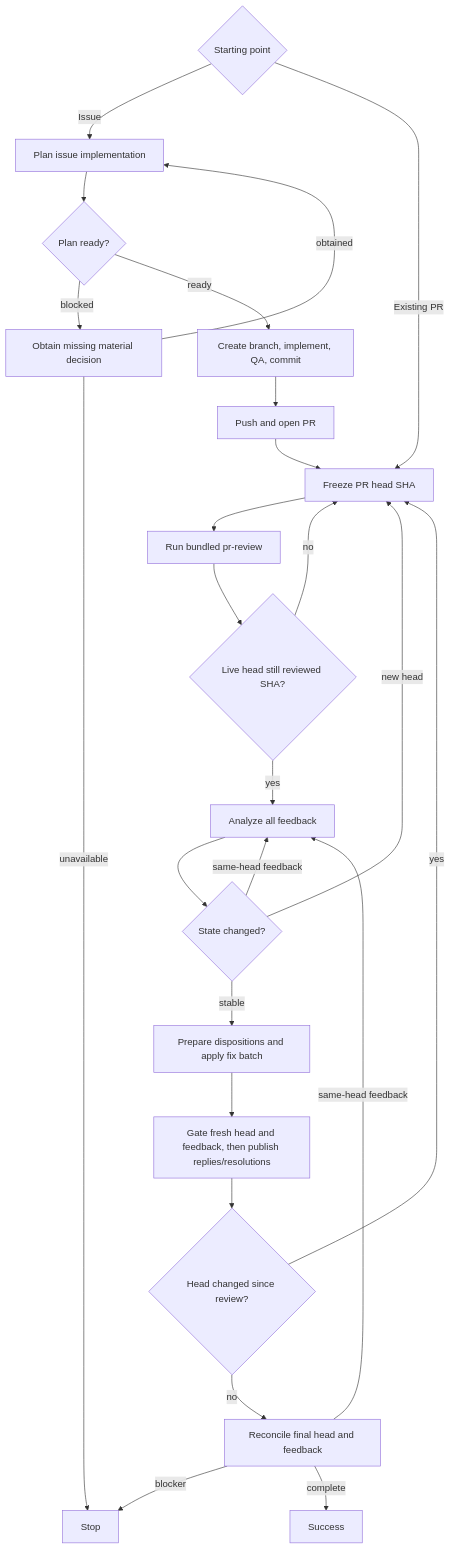
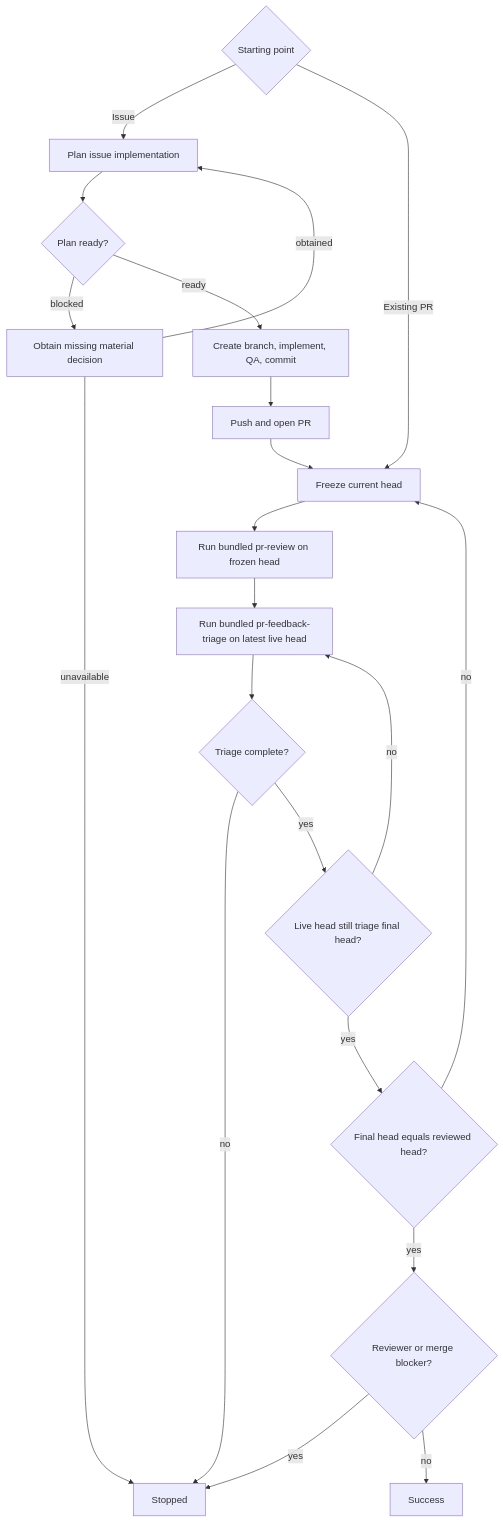
One commit to dceoy/pr-loop changed the diagram in skills/pr-loop/SKILL.md. Above: the diagram before and after it, drawn with Mermaid. The commit also changed other lines of this file, not shown here.

Commit message:
Compose pr-loop with bundled feedback triage

````diff
--- a/skills/pr-loop/SKILL.md
+++ b/skills/pr-loop/SKILL.md
@@ -149,27 +82,23 @@
 ```mermaid
 flowchart TD
   S{Starting point} -->|Issue| P[Plan issue implementation]
   S -->|Existing PR| A
   P --> Q{Plan ready?}
   Q -->|blocked| R[Obtain missing material decision]
   R -->|obtained| P
-  R -->|unavailable| K[Stop]
+  R -->|unavailable| K[Stopped]
   Q -->|ready| M[Create branch, implement, QA, commit]
   M --> N[Push and open PR]
-  N --> A[Freeze PR head SHA]
-  A --> B[Run bundled pr-review]
-  B --> C{Live head still reviewed SHA?}
-  C -->|no| A
-  C -->|yes| D[Analyze all feedback]
-  D --> E{State changed?}
-  E -->|new head| A
-  E -->|same-head feedback| D
-  E -->|stable| F[Prepare dispositions and apply fix batch]
-  F --> G[Gate fresh head and feedback, then publish replies/resolutions]
-  G --> H{Head changed since review?}
-  H -->|yes| A
-  H -->|no| I[Reconcile final head and feedback]
-  I -->|same-head feedback| D
-  I -->|blocker| K
-  I -->|complete| L[Success]
+  N --> A[Freeze current head]
+  A --> B[Run bundled pr-review on frozen head]
+  B --> C[Run bundled pr-feedback-triage on latest live head]
+  C --> D{Triage complete?}
+  D -->|no| K
+  D -->|yes| E{Live head still triage final head?}
+  E -->|no| C
+  E -->|yes| F{Final head equals reviewed head?}
+  F -->|no| A
+  F -->|yes| G{Reviewer or merge blocker?}
+  G -->|yes| K
+  G -->|no| L[Success]
 ```
````
